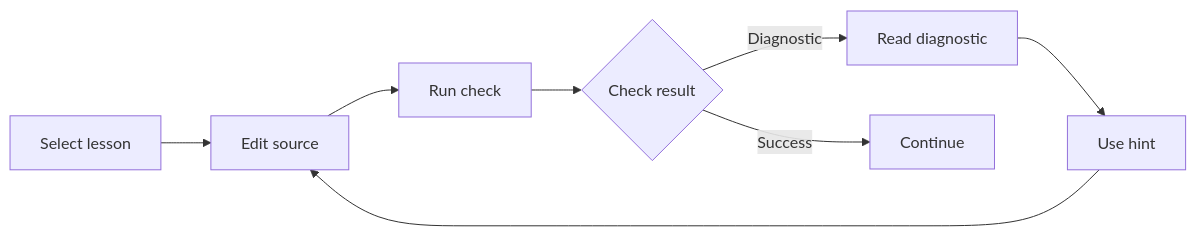
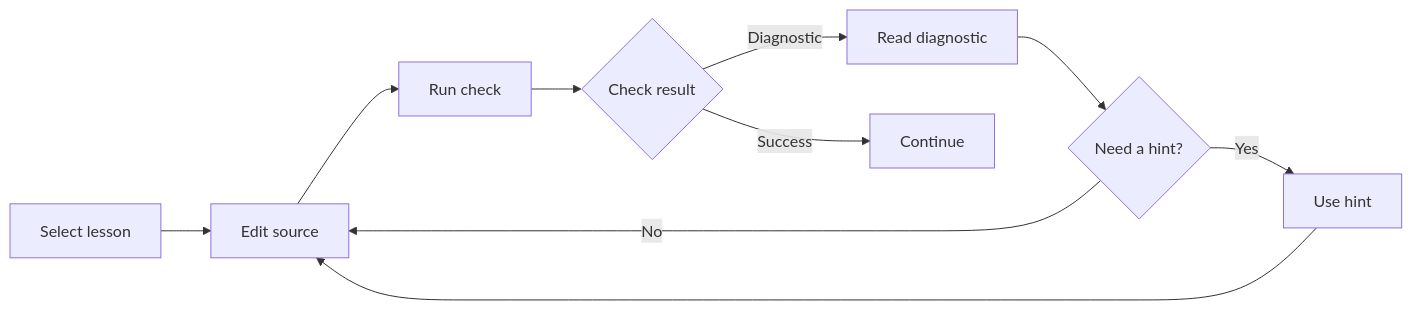
The diagram in site/website/src/content/docs/docs/learn/index.md (Cyber-Nomad-Collective/beskid), drawn with Mermaid before and after one commit. The commit also changed other lines of this file and 4 other files, not shown here.

````diff
--- a/site/website/src/content/docs/docs/learn/index.md
+++ b/site/website/src/content/docs/docs/learn/index.md
@@ -36,12 +36,14 @@
 ```mermaid
 flowchart LR
   accTitle: Lesson-check feedback loop
-  accDescr: Select a lesson, edit source, and run a check. Read diagnostics or hints, then continue after success.
+  accDescr: Select a lesson, edit source, and run a check. Read diagnostics. Use a hint only when you need more help. Continue after success.
   A[Select lesson] --> B[Edit source]
   B --> C[Run check]
   C --> D{Check result}
   D -->|Diagnostic| E[Read diagnostic]
-  E --> F[Use hint]
-  F --> B
-  D -->|Success| G[Continue]
+  E --> F{Need a hint?}
+  F -->|Yes| G[Use hint]
+  F -->|No| B
+  G --> B
+  D -->|Success| H[Continue]
 ```
````
